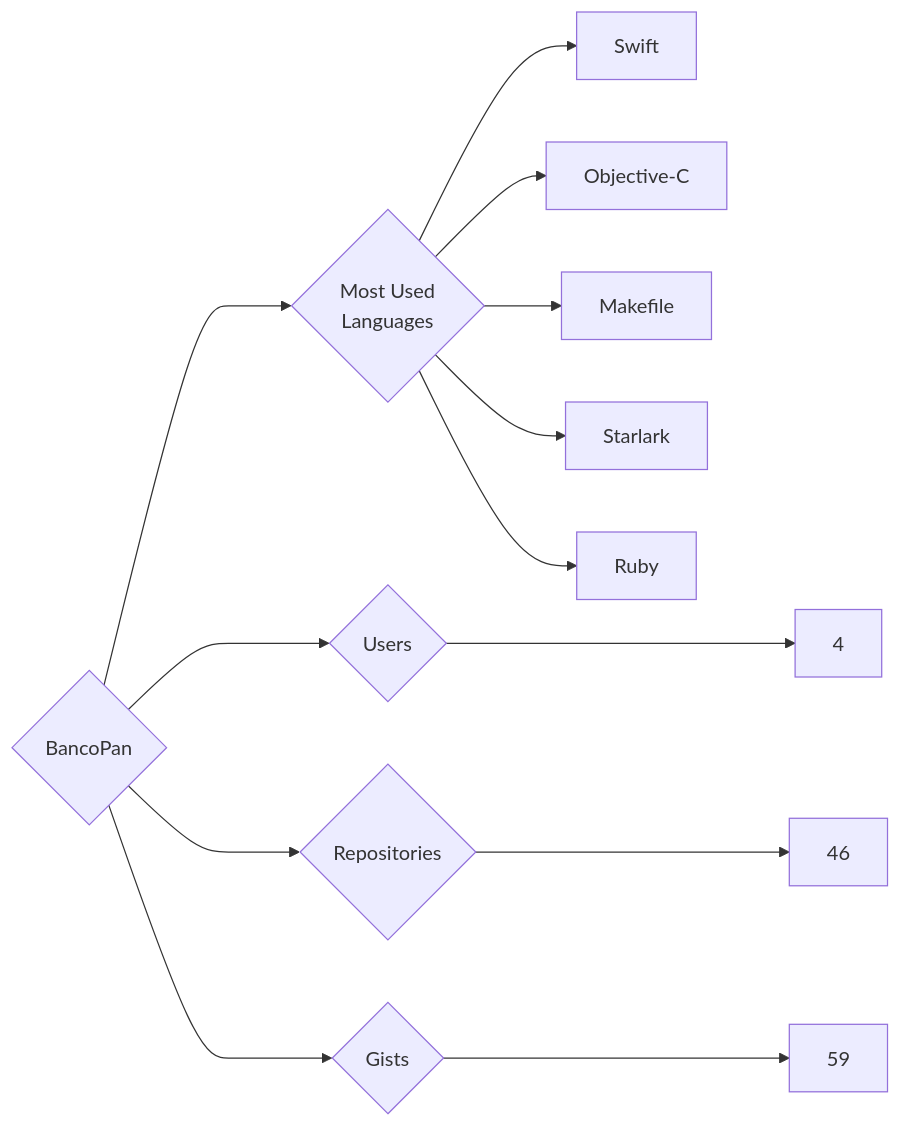
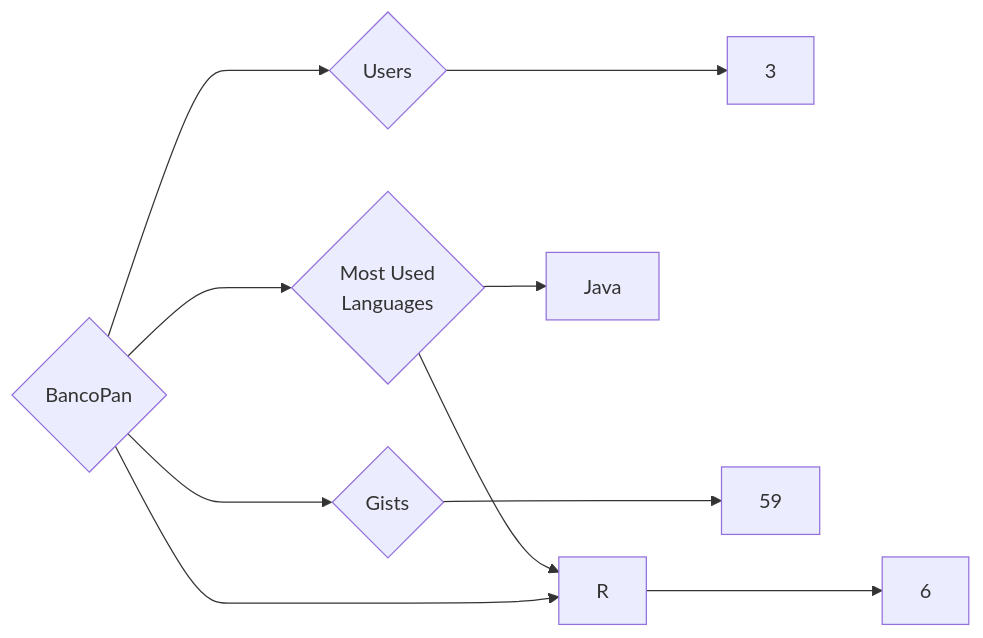
Before and after one commit to trickest/insiders: the diagram in targets/BancoPan/README.md, drawn with Mermaid. The commit also changed 934 other files, not shown here.

````diff
--- a/targets/BancoPan/README.md
+++ b/targets/BancoPan/README.md
@@ -3,13 +3,10 @@
 ```mermaid
 graph LR
 COMPANY_NAME{BancoPan}
-COMPANY_NAME ---> U{Users} ---> UN[4]
-COMPANY_NAME ---> R{Repositories} ---> RN[46]
+COMPANY_NAME ---> U{Users} ---> UN[3]
+COMPANY_NAME ---> R{Repositories} ---> RN[6]
 COMPANY_NAME ---> G{Gists} ---> GN[59]
 COMPANY_NAME ---> ML{Most Used<br>Languages}
-ML --> Swift[Swift]
-ML --> Objective-C[Objective-C]
-ML --> Makefile[Makefile]
-ML --> Starlark[Starlark]
-ML --> Ruby[Ruby]
+ML --> Java[Java]
+ML --> R[R]
 ```
````
